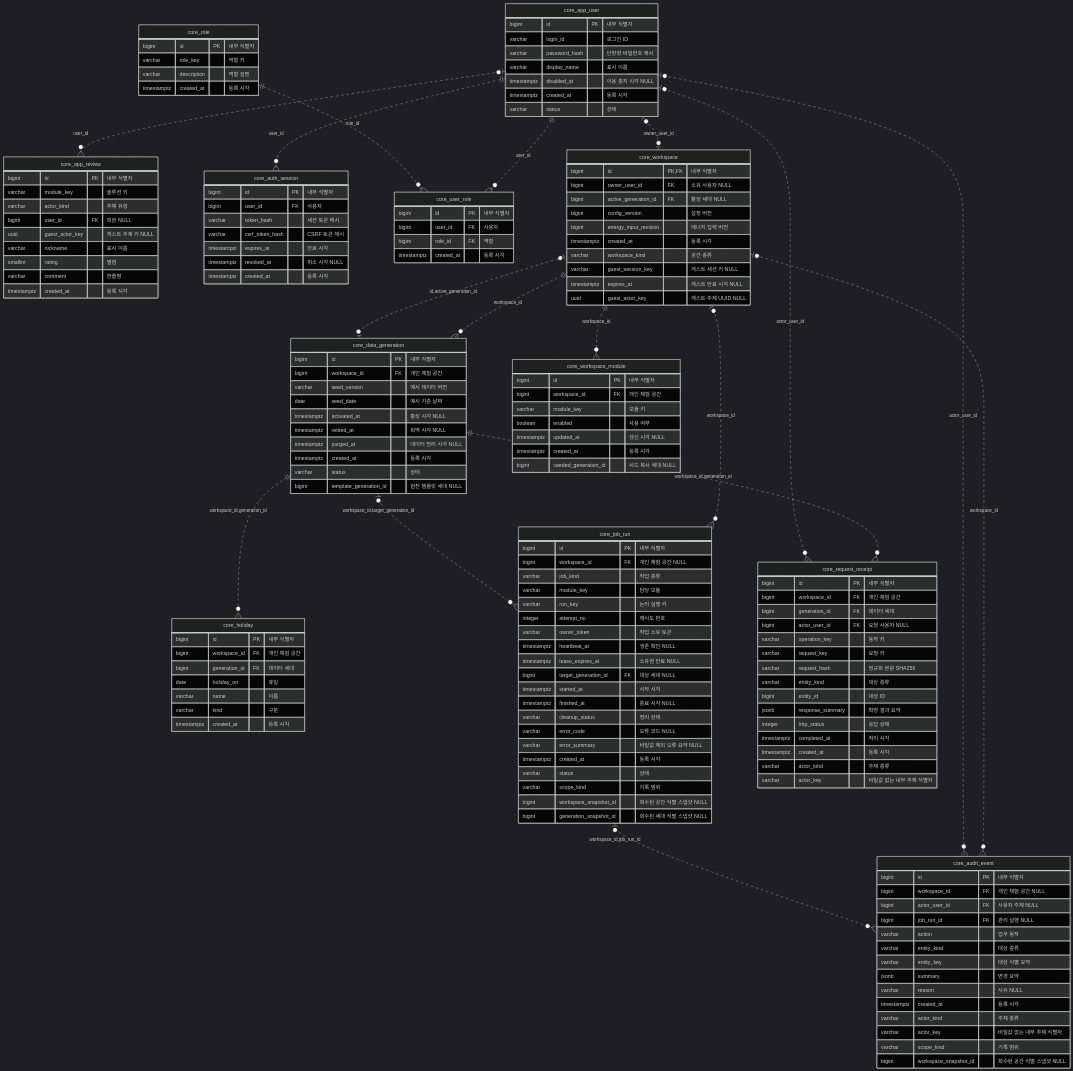
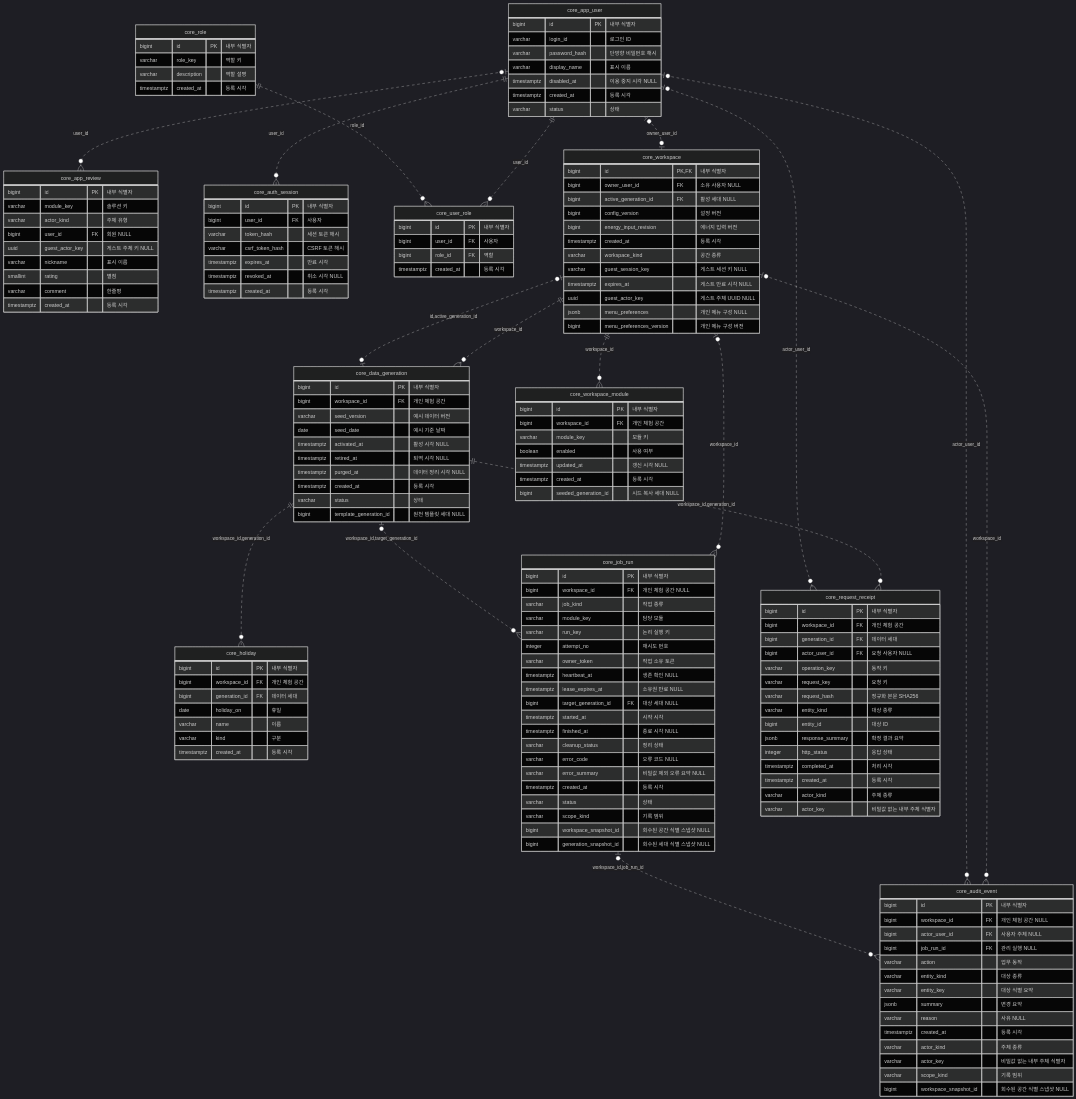
Before and after one commit to go8105/factory-studio: the diagram in docs/architecture/erd/core.mmd, drawn with Mermaid (dark theme). The commit also changed 40 other files, not shown here.

Commit message:
wip(portal): implement workspace favorites and shared sidebar menu preferences

```diff
--- a/docs/architecture/erd/core.mmd
+++ b/docs/architecture/erd/core.mmd
@@ -1,155 +1,157 @@
 erDiagram
   core_app_review {
     bigint id PK "내부 식별자"
     varchar module_key "솔루션 키"
     varchar actor_kind "주체 유형"
     bigint user_id FK "회원 NULL"
     uuid guest_actor_key "게스트 주체 키 NULL"
     varchar nickname "표시 이름"
     smallint rating "별점"
     varchar comment "한줄평"
     timestamptz created_at "등록 시각"
   }
   core_app_user {
     bigint id PK "내부 식별자"
     varchar login_id "로그인 ID"
     varchar password_hash "단방향 비밀번호 해시"
     varchar display_name "표시 이름"
     timestamptz disabled_at "이용 중지 시각 NULL"
     timestamptz created_at "등록 시각"
     varchar status "상태"
   }
   core_audit_event {
     bigint id PK "내부 식별자"
     bigint workspace_id FK "개인 체험 공간 NULL"
     bigint actor_user_id FK "사용자 주체 NULL"
     bigint job_run_id FK "관리 실행 NULL"
     varchar action "업무 동작"
     varchar entity_kind "대상 종류"
     varchar entity_key "대상 식별 요약"
     jsonb summary "변경 요약"
     varchar reason "사유 NULL"
     timestamptz created_at "등록 시각"
     varchar actor_kind "주체 종류"
     varchar actor_key "비밀값 없는 내부 주체 식별자"
     varchar scope_kind "기록 범위"
     bigint workspace_snapshot_id "회수된 공간 식별 스냅샷 NULL"
   }
   core_auth_session {
     bigint id PK "내부 식별자"
     bigint user_id FK "사용자"
     varchar token_hash "세션 토큰 해시"
     varchar csrf_token_hash "CSRF 토큰 해시"
     timestamptz expires_at "만료 시각"
     timestamptz revoked_at "취소 시각 NULL"
     timestamptz created_at "등록 시각"
   }
   core_data_generation {
     bigint id PK "내부 식별자"
     bigint workspace_id FK "개인 체험 공간"
     varchar seed_version "예시 데이터 버전"
     date seed_date "예시 기준 날짜"
     timestamptz activated_at "활성 시각 NULL"
     timestamptz retired_at "퇴역 시각 NULL"
     timestamptz purged_at "데이터 정리 시각 NULL"
     timestamptz created_at "등록 시각"
     varchar status "상태"
     bigint template_generation_id "원천 템플릿 세대 NULL"
   }
   core_holiday {
     bigint id PK "내부 식별자"
     bigint workspace_id FK "개인 체험 공간"
     bigint generation_id FK "데이터 세대"
     date holiday_on "휴일"
     varchar name "이름"
     varchar kind "구분"
     timestamptz created_at "등록 시각"
   }
   core_job_run {
     bigint id PK "내부 식별자"
     bigint workspace_id FK "개인 체험 공간 NULL"
     varchar job_kind "작업 종류"
     varchar module_key "담당 모듈"
     varchar run_key "논리 실행 키"
     integer attempt_no "재시도 번호"
     varchar owner_token "작업 소유 토큰"
     timestamptz heartbeat_at "생존 확인 NULL"
     timestamptz lease_expires_at "소유권 만료 NULL"
     bigint target_generation_id FK "대상 세대 NULL"
     timestamptz started_at "시작 시각"
     timestamptz finished_at "종료 시각 NULL"
     varchar cleanup_status "정리 상태"
     varchar error_code "오류 코드 NULL"
     varchar error_summary "비밀값 제외 오류 요약 NULL"
     timestamptz created_at "등록 시각"
     varchar status "상태"
     varchar scope_kind "기록 범위"
     bigint workspace_snapshot_id "회수된 공간 식별 스냅샷 NULL"
     bigint generation_snapshot_id "회수된 세대 식별 스냅샷 NULL"
   }
   core_request_receipt {
     bigint id PK "내부 식별자"
     bigint workspace_id FK "개인 체험 공간"
     bigint generation_id FK "데이터 세대"
     bigint actor_user_id FK "요청 사용자 NULL"
     varchar operation_key "동작 키"
     varchar request_key "요청 키"
     varchar request_hash "정규화 본문 SHA256"
     varchar entity_kind "대상 종류"
     bigint entity_id "대상 ID"
     jsonb response_summary "확정 결과 요약"
     integer http_status "응답 상태"
     timestamptz completed_at "처리 시각"
     timestamptz created_at "등록 시각"
     varchar actor_kind "주체 종류"
     varchar actor_key "비밀값 없는 내부 주체 식별자"
   }
   core_role {
     bigint id PK "내부 식별자"
     varchar role_key "역할 키"
     varchar description "역할 설명"
     timestamptz created_at "등록 시각"
   }
   core_user_role {
     bigint id PK "내부 식별자"
     bigint user_id FK "사용자"
     bigint role_id FK "역할"
     timestamptz created_at "등록 시각"
   }
   core_workspace {
     bigint id PK,FK "내부 식별자"
     bigint owner_user_id FK "소유 사용자 NULL"
     bigint active_generation_id FK "활성 세대 NULL"
     bigint config_version "설정 버전"
     bigint energy_input_revision "에너지 입력 버전"
     timestamptz created_at "등록 시각"
     varchar workspace_kind "공간 종류"
     varchar guest_session_key "게스트 세션 키 NULL"
     timestamptz expires_at "게스트 만료 시각 NULL"
     uuid guest_actor_key "게스트 주체 UUID NULL"
+    jsonb menu_preferences "개인 메뉴 구성 NULL"
+    bigint menu_preferences_version "개인 메뉴 구성 버전"
   }
   core_workspace_module {
     bigint id PK "내부 식별자"
     bigint workspace_id FK "개인 체험 공간"
     varchar module_key "모듈 키"
     boolean enabled "사용 여부"
     timestamptz updated_at "갱신 시각 NULL"
     timestamptz created_at "등록 시각"
     bigint seeded_generation_id "시드 복사 세대 NULL"
   }
   core_app_user ||..o{ core_auth_session : "user_id"
   core_app_user ||..o{ core_user_role : "user_id"
   core_role ||..o{ core_user_role : "role_id"
   core_app_user |o..o| core_workspace : "owner_user_id"
   core_workspace ||..o{ core_data_generation : "workspace_id"
   core_data_generation |o..o| core_workspace : "id,active_generation_id"
   core_workspace ||..o{ core_workspace_module : "workspace_id"
   core_workspace |o..o{ core_job_run : "workspace_id"
   core_data_generation |o..o{ core_job_run : "workspace_id,target_generation_id"
   core_workspace |o..o{ core_audit_event : "workspace_id"
   core_app_user |o..o{ core_audit_event : "actor_user_id"
   core_job_run |o..o{ core_audit_event : "workspace_id,job_run_id"
   core_data_generation ||..o{ core_request_receipt : "workspace_id,generation_id"
   core_app_user |o..o{ core_request_receipt : "actor_user_id"
   core_app_user |o..o{ core_app_review : "user_id"
   core_data_generation ||..o{ core_holiday : "workspace_id,generation_id"
```
